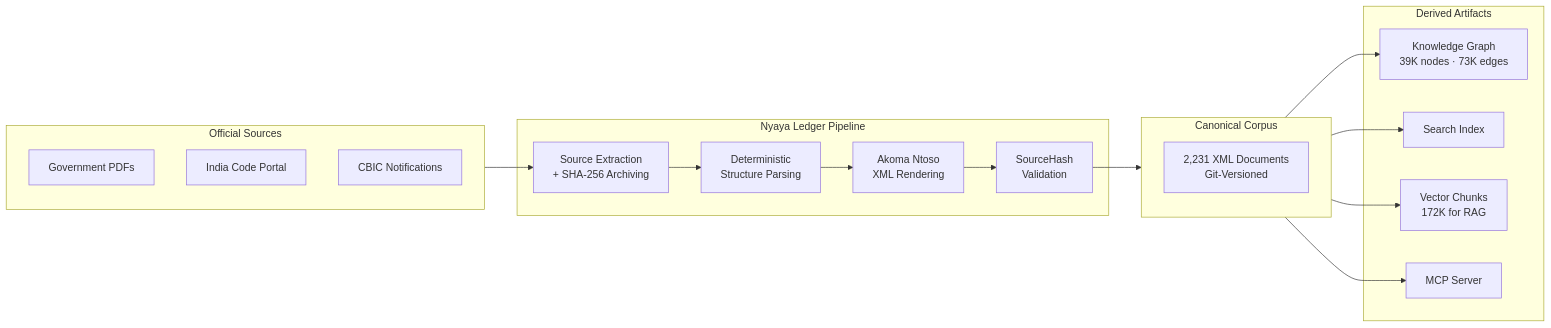
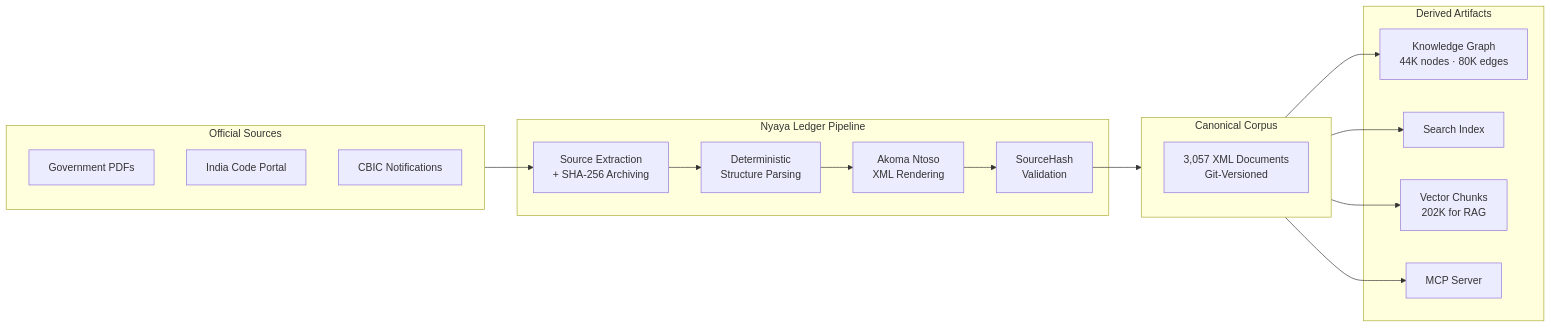
One commit to shikharpant/nyaya-ledger changed the first of 5 diagrams in README.md. Above: the diagram before and after it, drawn with Mermaid. The commit also changed other lines of this file, not shown here.

````diff
--- a/README.md
+++ b/README.md
@@ -91,29 +92,29 @@
 ```mermaid
 flowchart LR
     subgraph Sources["Official Sources"]
         PDF["Government PDFs"]
         PORTAL["India Code Portal"]
         CBIC["CBIC Notifications"]
     end
 
     subgraph Pipeline["Nyaya Ledger Pipeline"]
         EXTRACT["Source Extraction<br/>+ SHA-256 Archiving"]
         PARSE["Deterministic<br/>Structure Parsing"]
         RENDER["Akoma Ntoso<br/>XML Rendering"]
         VALIDATE["SourceHash<br/>Validation"]
     end
 
     subgraph Corpus["Canonical Corpus"]
-        XML["2,231 XML Documents<br/>Git-Versioned"]
+        XML["3,057 XML Documents<br/>Git-Versioned"]
     end
 
     subgraph Derived["Derived Artifacts"]
-        GRAPH["Knowledge Graph<br/>39K nodes · 73K edges"]
+        GRAPH["Knowledge Graph<br/>44K nodes · 80K edges"]
         SEARCH["Search Index"]
-        VECTOR["Vector Chunks<br/>172K for RAG"]
+        VECTOR["Vector Chunks<br/>202K for RAG"]
         MCP["MCP Server"]
     end
 
     Sources --> EXTRACT --> PARSE --> RENDER --> VALIDATE --> Corpus
     Corpus --> GRAPH & SEARCH & VECTOR & MCP
 ```
````
